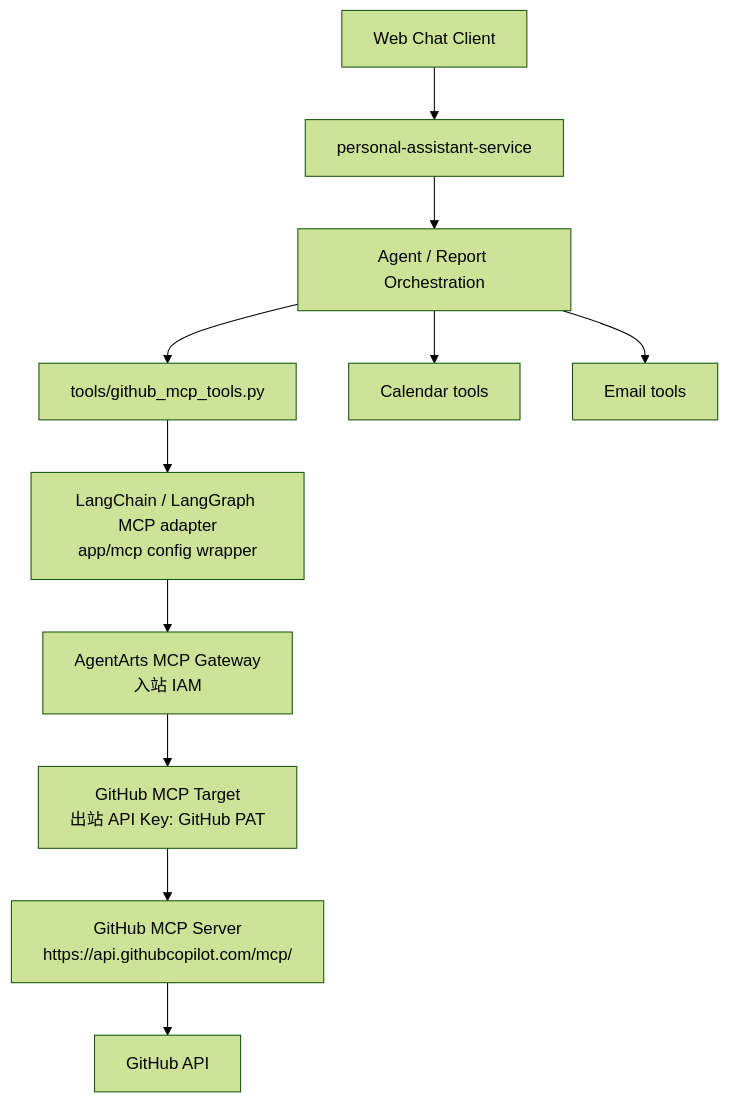
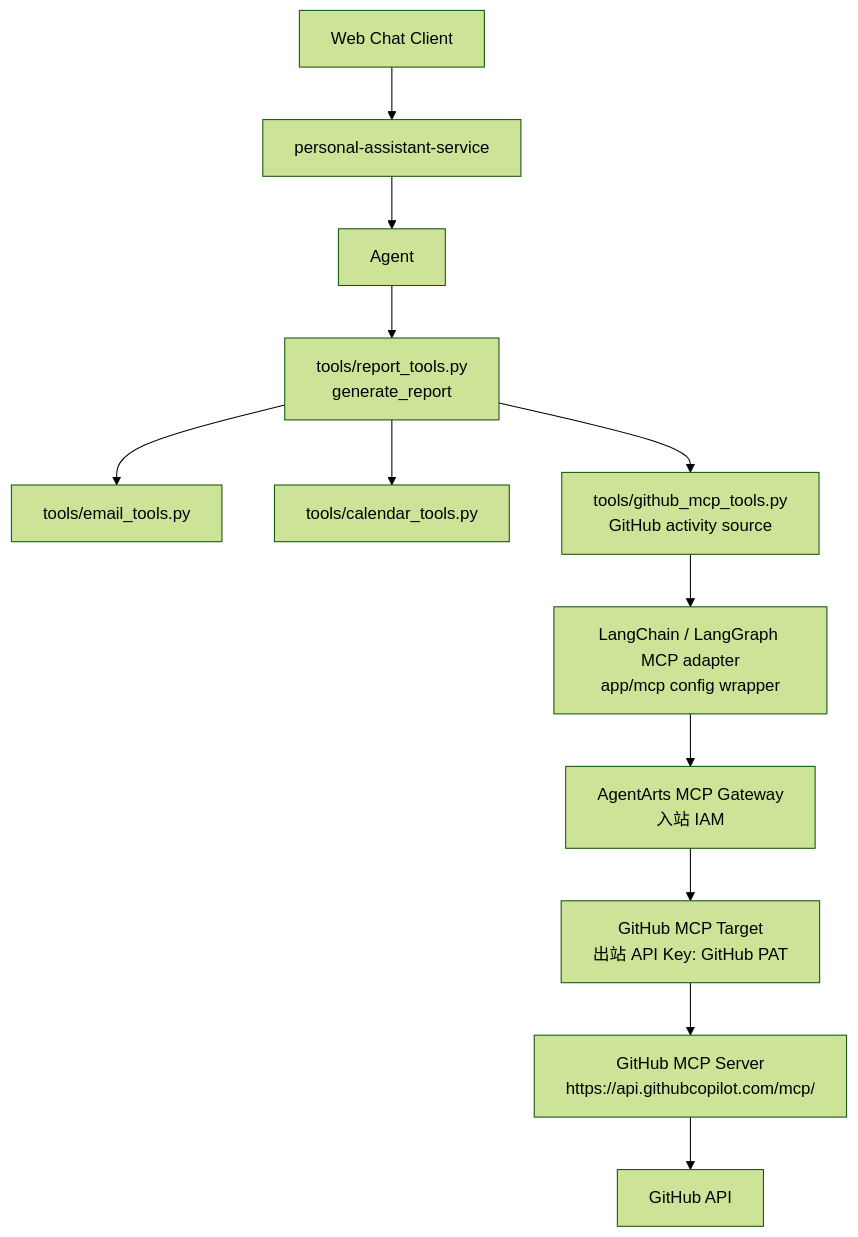
Before and after one commit to T-1009/personal-assistant: the second of 3 diagrams in personal-assistant-meta/issues/features/backlog/feature-17-github-mcp/plan.md, drawn with Mermaid (forest theme). The commit also changed other lines of this file, not shown here.

First line of the commit message:
docs: redefine feature-17 as Report root capability with GitHub MCP data source

````diff
--- a/personal-assistant-meta/issues/features/backlog/feature-17-github-mcp/plan.md
+++ b/personal-assistant-meta/issues/features/backlog/feature-17-github-mcp/plan.md
@@ -144,26 +173,27 @@
 ```mermaid
 flowchart TB
     Client["Web Chat Client"]
     Service["personal-assistant-service"]
-    Agent["Agent / Report Orchestration"]
-    ToolLayer["tools/github_mcp_tools.py"]
+    Agent["Agent"]
+    ReportTool["tools/report_tools.py<br/>generate_report"]
+    EmailTools["tools/email_tools.py"]
+    CalendarTools["tools/calendar_tools.py"]
+    GitHubSource["tools/github_mcp_tools.py<br/>GitHub activity source"]
     Adapter["LangChain / LangGraph MCP adapter<br/>app/mcp config wrapper"]
     Gateway["AgentArts MCP Gateway<br/>入站 IAM"]
     Target["GitHub MCP Target<br/>出站 API Key: GitHub PAT"]
     GitHubMCP["GitHub MCP Server<br/>https://api.githubcopilot.com/mcp/"]
     GitHubAPI["GitHub API"]
-    CalendarTools["Calendar tools"]
-    EmailTools["Email tools"]
 
     Client --> Service
     Service --> Agent
-    Agent --> ToolLayer
-    ToolLayer --> Adapter
+    Agent --> ReportTool
+    ReportTool --> EmailTools
+    ReportTool --> CalendarTools
+    ReportTool --> GitHubSource
+    GitHubSource --> Adapter
     Adapter --> Gateway
     Gateway --> Target
     Target --> GitHubMCP
     GitHubMCP --> GitHubAPI
-
-    Agent --> CalendarTools
-    Agent --> EmailTools
 ```
````
